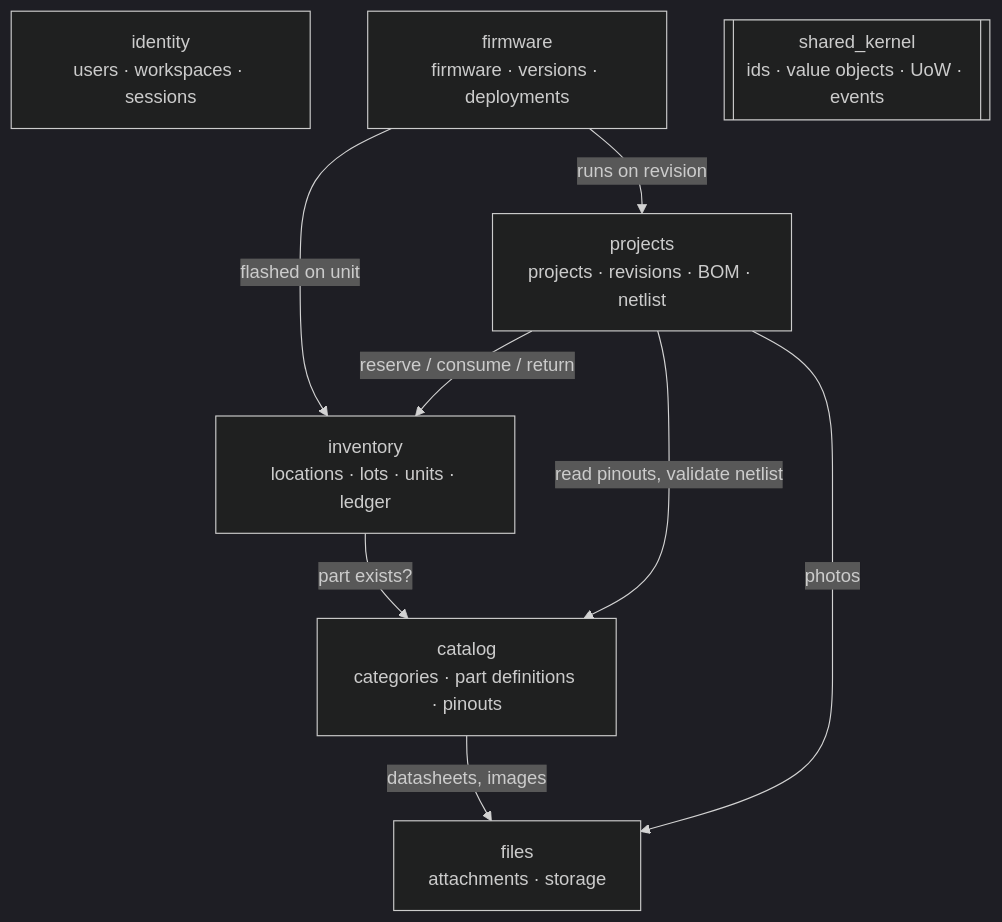
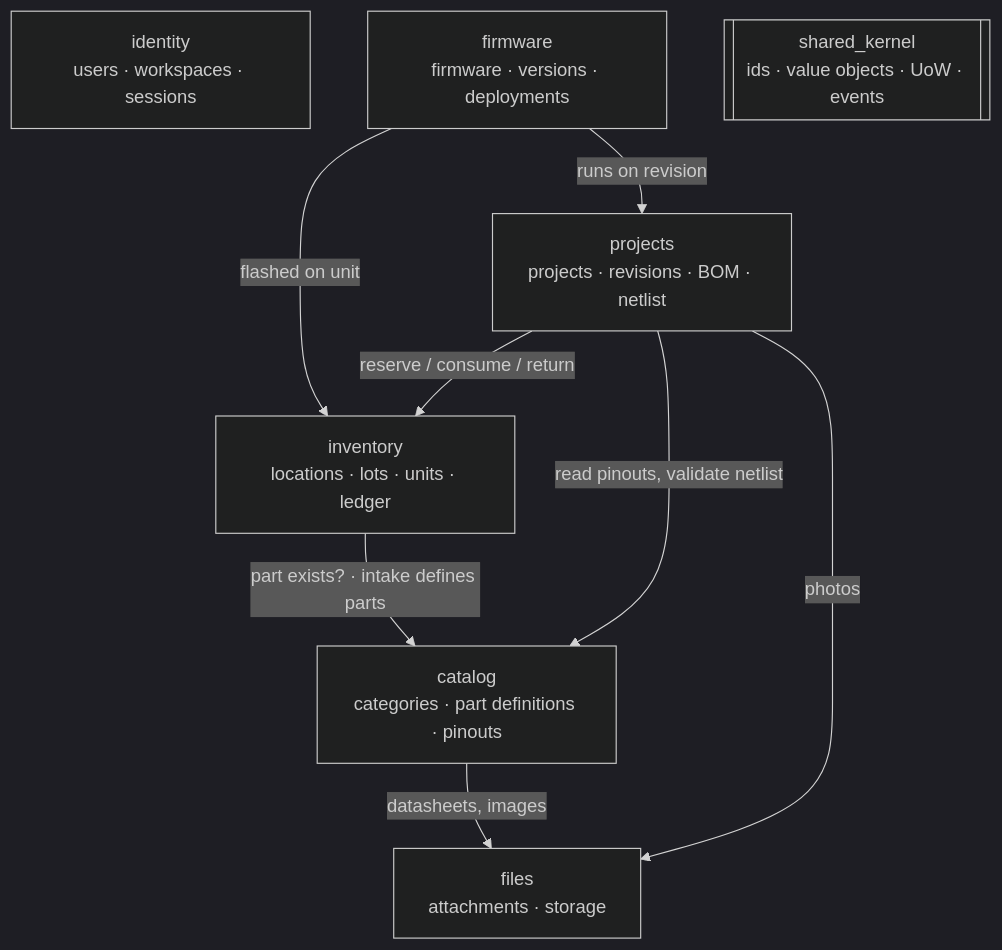
The second of 5 diagrams in docs/architecture.md (vinicius-cardoso/wiredex), drawn with Mermaid (dark theme) before and after one commit. The commit also changed other lines of this file and 6 other files, not shown here.

````diff
--- a/docs/architecture.md
+++ b/docs/architecture.md
@@ -59,18 +59,18 @@
 ```mermaid
 flowchart TB
   ID[identity<br/>users · workspaces · sessions]
   CAT[catalog<br/>categories · part definitions · pinouts]
   INV[inventory<br/>locations · lots · units · ledger]
   PRJ[projects<br/>projects · revisions · BOM · netlist]
   FW[firmware<br/>firmware · versions · deployments]
   FIL[files<br/>attachments · storage]
   SK[[shared_kernel<br/>ids · value objects · UoW · events]]
 
   PRJ -- reserve / consume / return --> INV
   PRJ -- read pinouts, validate netlist --> CAT
-  INV -- part exists? --> CAT
+  INV -- part exists? · intake defines parts --> CAT
   FW -- flashed on unit --> INV
   FW -- runs on revision --> PRJ
   CAT -- datasheets, images --> FIL
   PRJ -- photos --> FIL
 ```
````
